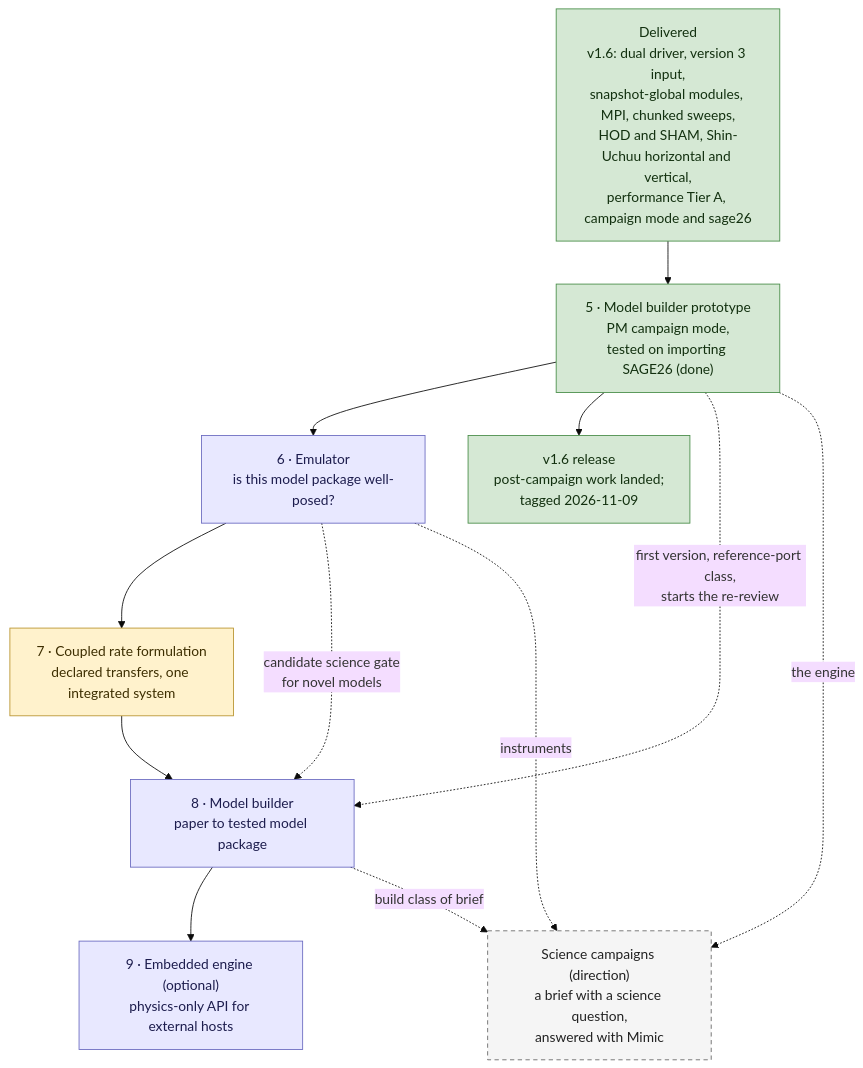
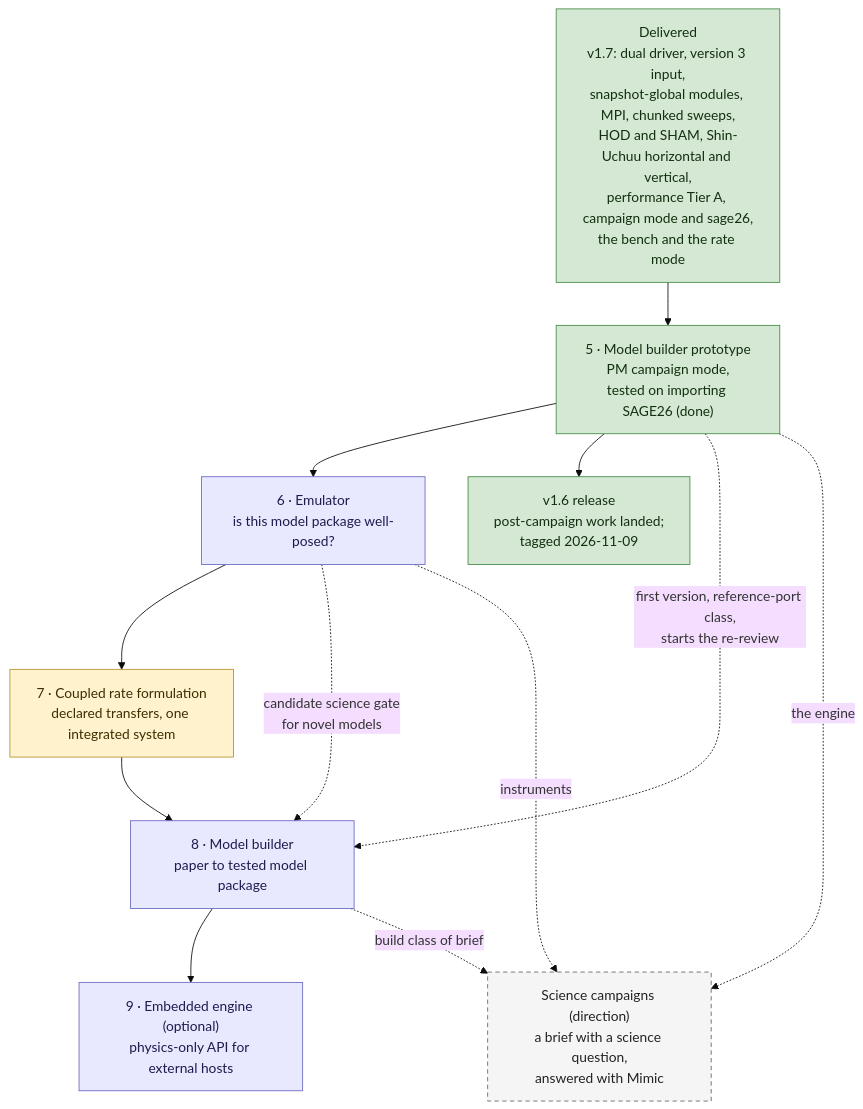
One commit to darrencroton/mimic changed the diagram in docs/dev/MIMIC-DEVELOPMENT-PATHWAY.md. Above: the diagram before and after it, drawn with Mermaid (base theme). The commit also changed other lines of this file and 3 other files, not shown here.

````diff
--- a/docs/dev/MIMIC-DEVELOPMENT-PATHWAY.md
+++ b/docs/dev/MIMIC-DEVELOPMENT-PATHWAY.md
@@ -82,28 +82,28 @@
 ```mermaid
 flowchart TD
-    DONE["Delivered<br/>v1.6: dual driver, version 3 input,<br/>snapshot-global modules, MPI, chunked sweeps,<br/>HOD and SHAM, Shin-Uchuu horizontal and vertical,<br/>performance Tier A, campaign mode and sage26"]
+    DONE["Delivered<br/>v1.7: dual driver, version 3 input,<br/>snapshot-global modules, MPI, chunked sweeps,<br/>HOD and SHAM, Shin-Uchuu horizontal and vertical,<br/>performance Tier A, campaign mode and sage26,<br/>the bench and the rate mode"]
     PCW["v1.6 release<br/>post-campaign work landed;<br/>tagged 2026-11-09"]
     S5["5 · Model builder prototype<br/>PM campaign mode,<br/>tested on importing SAGE26 (done)"]
     S6["6 · Emulator<br/>is this model package well-posed?"]
     S7["7 · Coupled rate formulation<br/>declared transfers, one integrated system"]
     S8["8 · Model builder<br/>paper to tested model package"]
     S9["9 · Embedded engine (optional)<br/>physics-only API for external hosts"]
     GOAL["Science campaigns (direction)<br/>a brief with a science question,<br/>answered with Mimic"]
 
     DONE --> S5 --> S6 --> S7 --> S8 --> S9
     S5 --> PCW
     S5 -.->|first version, reference-port class,<br/>starts the re-review| S8
     S6 -.->|candidate science gate<br/>for novel models| S8
     S5 -.->|the engine| GOAL
     S6 -.->|instruments| GOAL
     S8 -.->|build class of brief| GOAL
 
     classDef done fill:#d5e8d4,stroke:#478c47,color:#12300f
     classDef next fill:#fff2cc,stroke:#b8932e,color:#3d2e00
     classDef step fill:#e8e8ff,stroke:#6a6ac0,color:#1c1c4d
     classDef goal fill:#f5f5f5,stroke:#666666,stroke-dasharray:5 4,color:#222222
     class DONE,S5,PCW done
     class S7 next
     class S6,S8,S9 step
     class GOAL goal
 ```
````
